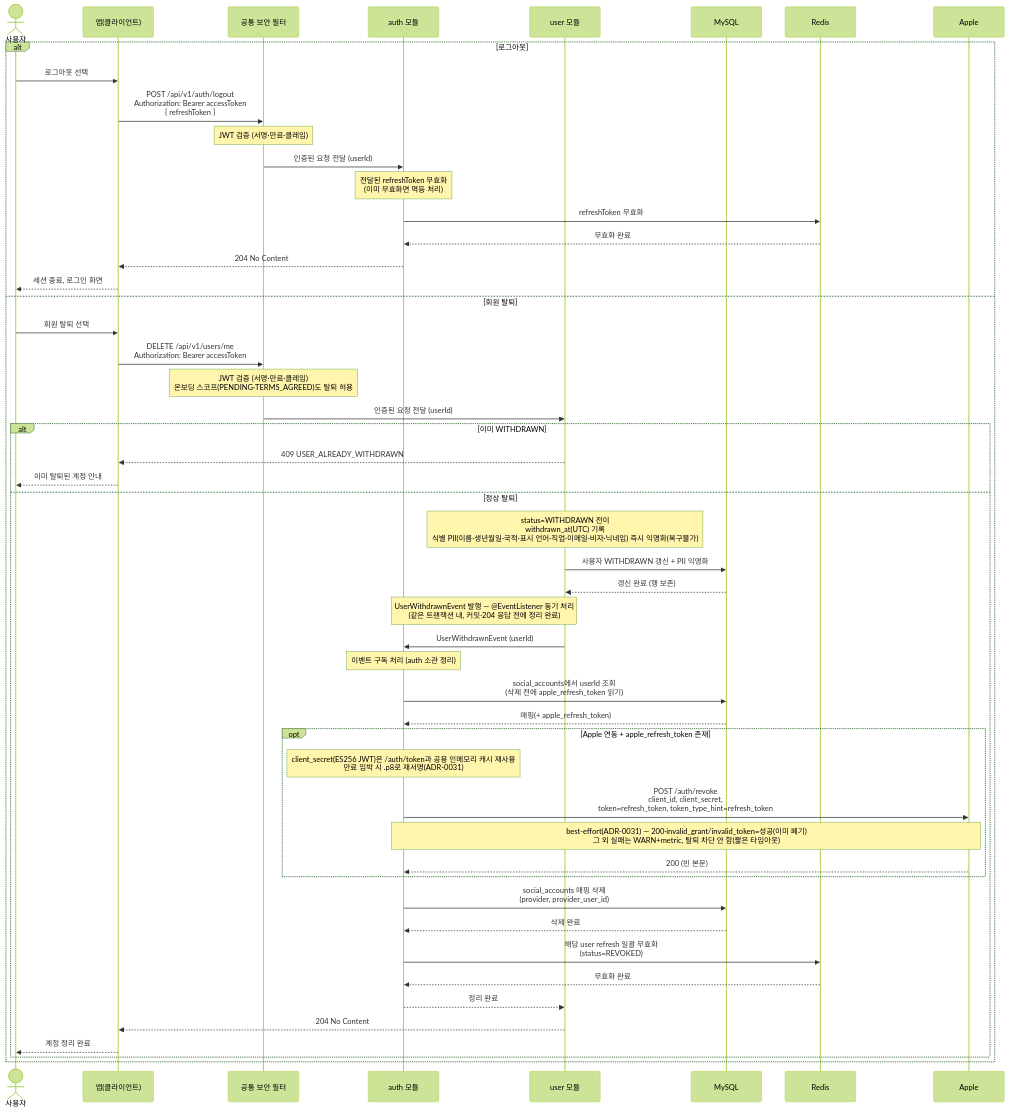
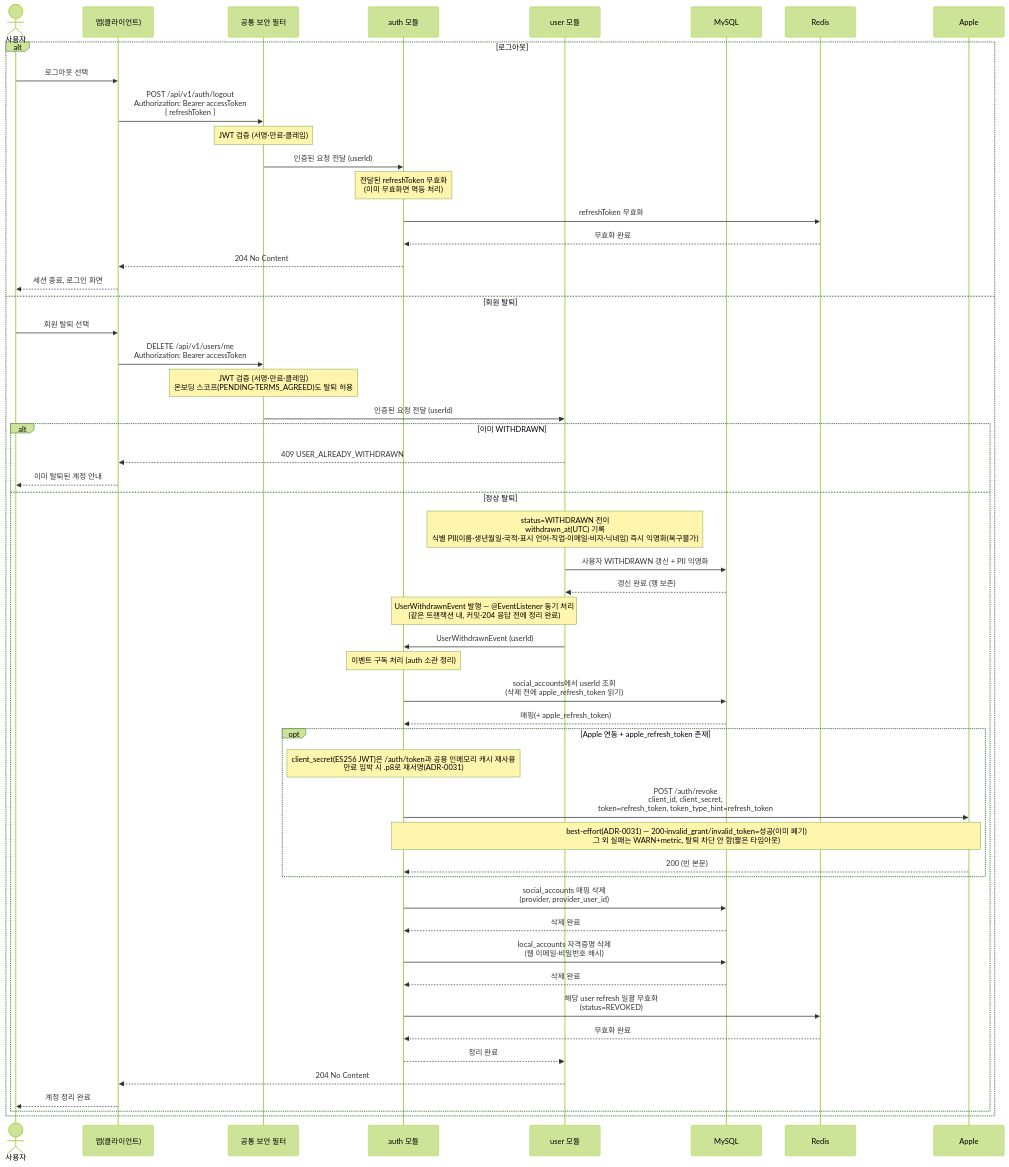
One commit to jameskim9509/Kohere-backend changed the diagram in docs/architecture/sequence-diagrams/01-auth-onboarding/us-1-4-logout-withdraw.md. Above: the diagram before and after it, drawn with Mermaid (forest theme). The commit also changed other lines of this file and 27 other files, not shown here.

````diff
--- a/docs/architecture/sequence-diagrams/01-auth-onboarding/us-1-4-logout-withdraw.md
+++ b/docs/architecture/sequence-diagrams/01-auth-onboarding/us-1-4-logout-withdraw.md
@@ -5,54 +5,56 @@
 ```mermaid
 sequenceDiagram
     actor U as 사용자
     participant C as 앱(클라이언트)
     participant SEC as 공통 보안 필터
     participant AUTH as auth 모듈
     participant USER as user 모듈
     participant SQL as MySQL
     participant RDS as Redis
     participant AP as Apple
 
     alt 로그아웃
         U->>C: 로그아웃 선택
         C->>SEC: POST /api/v1/auth/logout<br/>Authorization: Bearer accessToken<br/>{ refreshToken }
         Note over SEC: JWT 검증 (서명·만료·클레임)
         SEC->>AUTH: 인증된 요청 전달 (userId)
         Note over AUTH: 전달된 refreshToken 무효화<br/>(이미 무효화면 멱등 처리)
         AUTH->>RDS: refreshToken 무효화
         RDS-->>AUTH: 무효화 완료
         AUTH-->>C: 204 No Content
         C-->>U: 세션 종료, 로그인 화면
     else 회원 탈퇴
         U->>C: 회원 탈퇴 선택
         C->>SEC: DELETE /api/v1/users/me<br/>Authorization: Bearer accessToken
         Note over SEC: JWT 검증 (서명·만료·클레임)<br/>온보딩 스코프(PENDING·TERMS_AGREED)도 탈퇴 허용
         SEC->>USER: 인증된 요청 전달 (userId)
         alt 이미 WITHDRAWN
             USER-->>C: 409 USER_ALREADY_WITHDRAWN
             C-->>U: 이미 탈퇴된 계정 안내
         else 정상 탈퇴
             Note over USER: status=WITHDRAWN 전이<br/>withdrawn_at(UTC) 기록<br/>식별 PII(이름·생년월일·국적·표시 언어·직업·이메일·비자·닉네임) 즉시 익명화(복구불가)
             USER->>SQL: 사용자 WITHDRAWN 갱신 + PII 익명화
             SQL-->>USER: 갱신 완료 (행 보존)
             Note over USER,AUTH: UserWithdrawnEvent 발행 — @EventListener 동기 처리<br/>(같은 트랜잭션 내, 커밋·204 응답 전에 정리 완료)
             USER->>AUTH: UserWithdrawnEvent (userId)
             Note over AUTH: 이벤트 구독 처리 (auth 소관 정리)
             AUTH->>SQL: social_accounts에서 userId 조회<br/>(삭제 전에 apple_refresh_token 읽기)
             SQL-->>AUTH: 매핑(+ apple_refresh_token)
             opt Apple 연동 + apple_refresh_token 존재
                 Note over AUTH: client_secret(ES256 JWT)은 /auth/token과 공용 인메모리 캐시 재사용<br/>만료 임박 시 .p8로 재서명(ADR-0031)
                 AUTH->>AP: POST /auth/revoke<br/>client_id, client_secret,<br/>token=refresh_token, token_type_hint=refresh_token
                 Note over AUTH,AP: best-effort(ADR-0031) — 200·invalid_grant/invalid_token=성공(이미 폐기)<br/>그 외 실패는 WARN+metric, 탈퇴 차단 안 함(짧은 타임아웃)
                 AP-->>AUTH: 200 (빈 본문)
             end
             AUTH->>SQL: social_accounts 매핑 삭제<br/>(provider, provider_user_id)
             SQL-->>AUTH: 삭제 완료
+            AUTH->>SQL: local_accounts 자격증명 삭제<br/>(웹 이메일·비밀번호 해시)
+            SQL-->>AUTH: 삭제 완료
             AUTH->>RDS: 해당 user refresh 일괄 무효화<br/>(status=REVOKED)
             RDS-->>AUTH: 무효화 완료
             AUTH-->>USER: 정리 완료
             USER-->>C: 204 No Content
             C-->>U: 계정 정리 완료
         end
     end
 ```
````
